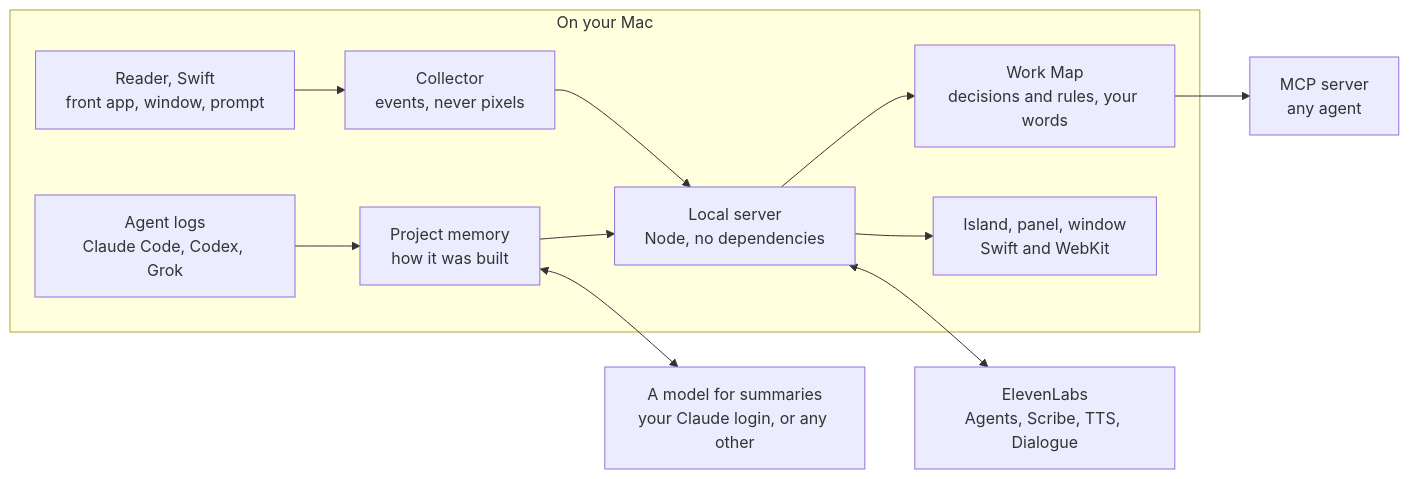
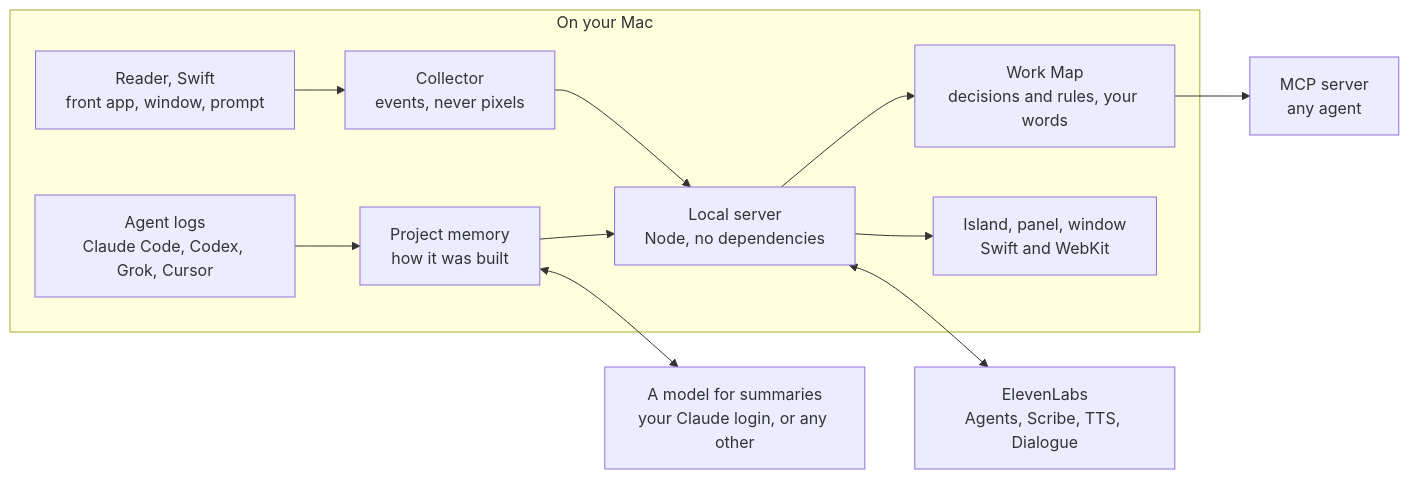
The diagram in README.md (Baltsar/mason), drawn with Mermaid before and after one commit. The commit also changed other lines of this file and 6 other files, not shown here.

First line of the commit message:
feat: read what was asked in Cursor into the same projects

````diff
--- a/README.md
+++ b/README.md
@@ -84,14 +84,14 @@
 ```mermaid
 flowchart LR
   subgraph mac["On your Mac"]
     reader["Reader, Swift<br/>front app, window, prompt"] --> collector["Collector<br/>events, never pixels"]
-    logs["Agent logs<br/>Claude Code, Codex, Grok"] --> memory["Project memory<br/>how it was built"]
+    logs["Agent logs<br/>Claude Code, Codex, Grok, Cursor"] --> memory["Project memory<br/>how it was built"]
     collector --> server["Local server<br/>Node, no dependencies"]
     memory --> server
     server --> map["Work Map<br/>decisions and rules, your words"]
     server --> island["Island, panel, window<br/>Swift and WebKit"]
   end
   server <--> eleven["ElevenLabs<br/>Agents, Scribe, TTS, Dialogue"]
   memory <--> claude["A model for summaries<br/>your Claude login, or any other"]
   map --> mcp["MCP server<br/>any agent"]
 ```
````
